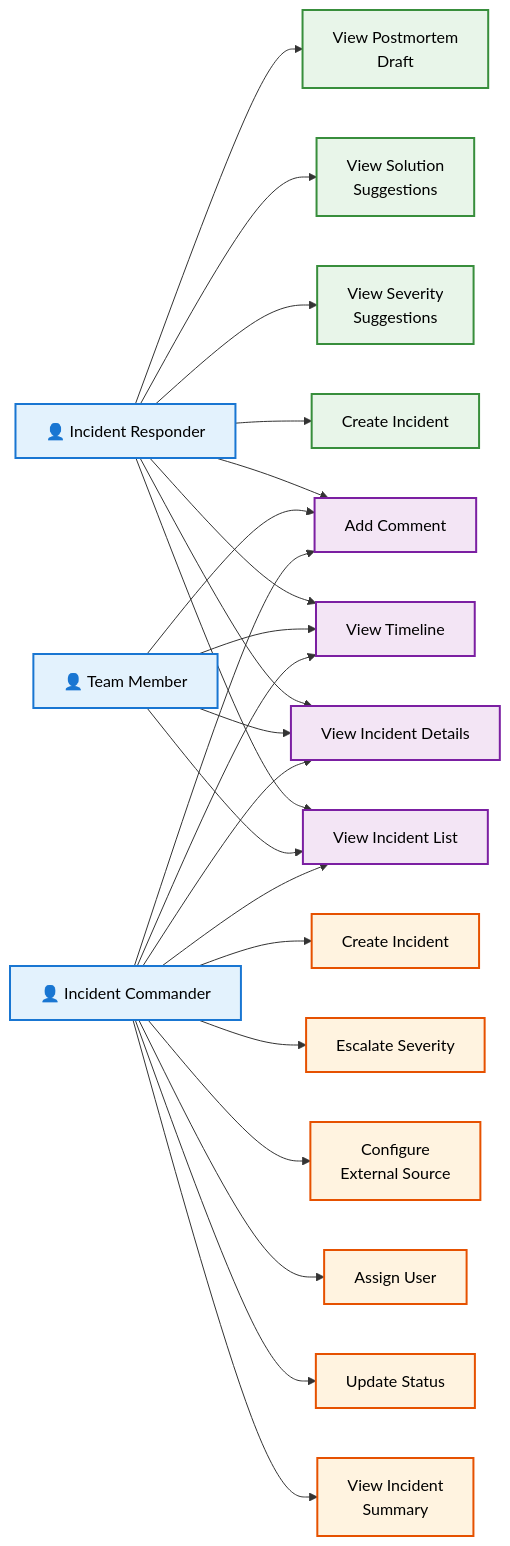
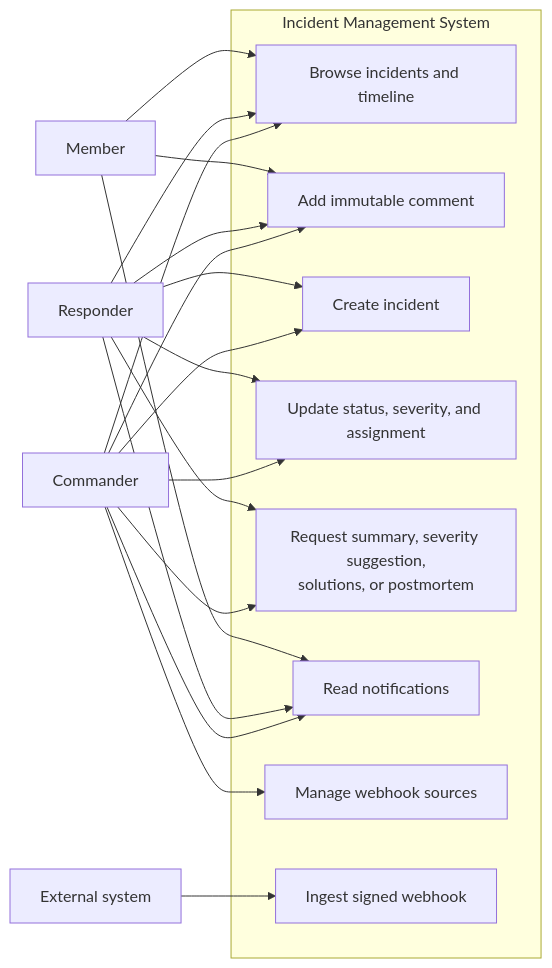
Before and after one commit to AET-DevOps26/team-panic-at-the-console: the diagram in docs/deliverables/2026-05-08-uml-diagrams/use_case_diagram.md, drawn with Mermaid. The commit also changed 22 other files, not shown here.

Commit message:
docs: align incident architecture and operations guide (#153)

````diff
--- a/docs/deliverables/2026-05-08-uml-diagrams/use_case_diagram.md
+++ b/docs/deliverables/2026-05-08-uml-diagrams/use_case_diagram.md
@@ -3,64 +3,39 @@
 ```mermaid
-graph LR
-    %% Actors
-    responder["👤 Incident Responder"]
-    member["👤 Team Member"]
-    commander["👤 Incident Commander"]
+flowchart LR
+    member["Member"]
+    responder["Responder"]
+    commander["Commander"]
+    external["External system"]
 
-    %% Shared Use Cases
-    viewList["View Incident List"]
-    viewDetails["View Incident Details"]
-    viewTimeline["View Timeline"]
-    addComment["Add Comment"]
+    subgraph system["Incident Management System"]
+        browse["Browse incidents and timeline"]
+        comment["Add immutable comment"]
+        create["Create incident"]
+        update["Update status, severity, and assignment"]
+        ai["Request summary, severity suggestion,<br/>solutions, or postmortem"]
+        notifications["Read notifications"]
+        sources["Manage webhook sources"]
+        ingest["Ingest signed webhook"]
+    end
 
-    %% Responder Specific
-    createIncident["Create Incident"]
-    viewSeverity["View Severity<br/>Suggestions"]
-    viewSolutions["View Solution<br/>Suggestions"]
-    viewPostmortem["View Postmortem<br/>Draft"]
+    member --> browse
+    member --> comment
+    member --> notifications
 
-    %% Commander Specific
-    createIncident2["Create Incident"]
-    updateStatus["Update Status"]
-    assignUser["Assign User"]
-    viewSummary["View Incident<br/>Summary"]
-    configSource["Configure<br/>External Source"]
-    escalateSeverity["Escalate Severity"]
+    responder --> browse
+    responder --> comment
+    responder --> create
+    responder --> update
+    responder --> ai
+    responder --> notifications
 
-    %% Responder relationships
-    responder --> viewList
-    responder --> viewDetails
-    responder --> viewTimeline
-    responder --> addComment
-    responder --> createIncident
-    responder --> viewSeverity
-    responder --> viewSolutions
-    responder --> viewPostmortem
+    commander --> browse
+    commander --> comment
+    commander --> create
+    commander --> update
+    commander --> ai
+    commander --> notifications
+    commander --> sources
 
-    %% Team Member relationships (subset of responder)
-    member --> viewList
-    member --> viewDetails
-    member --> viewTimeline
-    member --> addComment
-
-    %% Commander relationships (both shared and specific)
-    commander --> viewList
-    commander --> viewDetails
-    commander --> viewTimeline
-    commander --> addComment
-    commander --> viewSummary
-    commander --> updateStatus
-    commander --> assignUser
-    commander --> configSource
-    commander --> escalateSeverity
-    commander --> createIncident2
-    classDef actor fill:#e3f2fd,stroke:#1976d2,stroke-width:2px,color:#000
-    classDef shared fill:#f3e5f5,stroke:#7b1fa2,stroke-width:2px,color:#000
-    classDef responderOnly fill:#e8f5e9,stroke:#388e3c,stroke-width:2px,color:#000
-    classDef commanderOnly fill:#fff3e0,stroke:#e65100,stroke-width:2px,color:#000
-
-    class responder,member,commander actor
-    class viewList,viewDetails,viewTimeline,addComment shared
-    class createIncident,viewSeverity,viewSolutions,viewPostmortem responderOnly
-    class createIncident2,updateStatus,assignUser,viewSummary,configSource,escalateSeverity commanderOnly
+    external --> ingest
 ```
````
